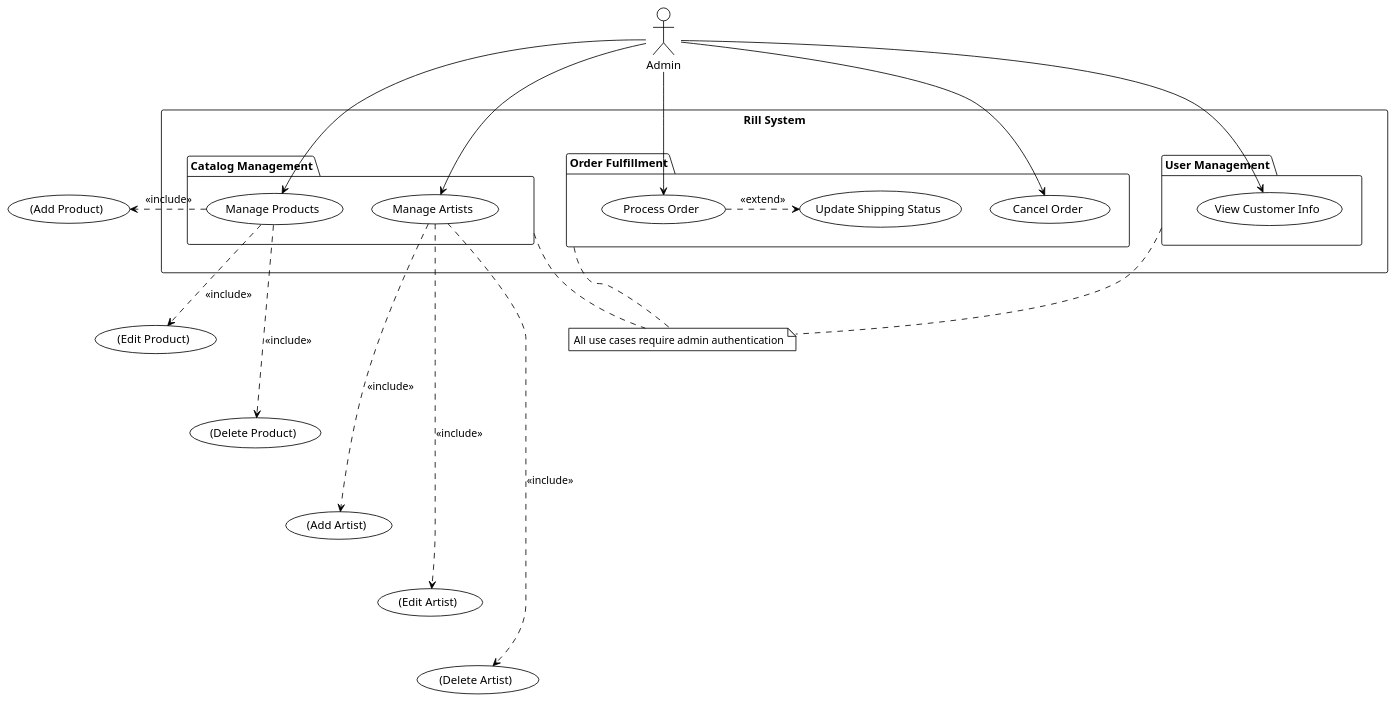
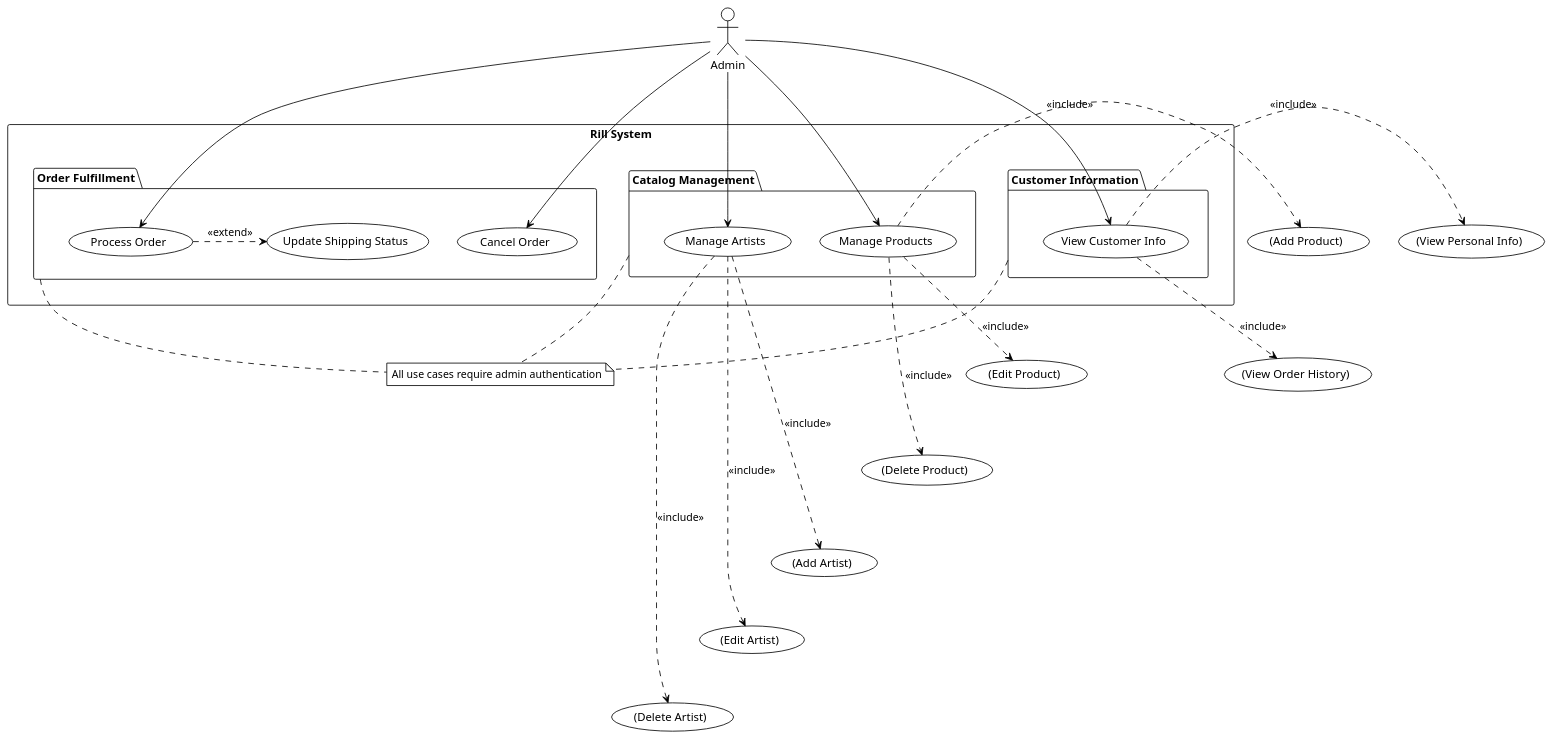
Before and after one commit to mttk2004/rill-system: the diagram in use-case/detailed/uc-3-admin-functions.puml, drawn with PlantUML. The commit also changed 10 other files, not shown here.

Commit message:
refactor: refine all diagrams

```diff
--- a/use-case/detailed/uc-3-admin-functions.puml
+++ b/use-case/detailed/uc-3-admin-functions.puml
@@ -1,64 +1,79 @@
-@startuml "UC-3: Admin Functions - Final Clean Layout"
+@startuml "UC-3: Admin Functions - Final Detailed Layout"
 !theme plain
 
 actor Admin
 
 ' --- 1. ĐỊNH NGHĨA CÁC PHẦN TỬ ---
 rectangle "Rill System" {
   package "Catalog Management" {
     usecase "Manage Products" as UC_Products
     usecase "Manage Artists" as UC_Artists
   }
   package "Order Fulfillment" {
     usecase "Process Order" as UC_Process
     usecase "Update Shipping Status" as UC_UpdateStatus
     usecase "Cancel Order" as UC_Cancel
   }
-  package "User Management" {
-    usecase "View Customer Info" as UC_Users
+  package "Customer Information" {
+    usecase "View Customer Info" as UC_ViewInfo
   }
 }
 
+' Use case con cho Catalog Management
 usecase "(Add Product)" as AddProd
 usecase "(Edit Product)" as EditProd
 usecase "(Delete Product)" as DelProd
 usecase "(Add Artist)" as AddArtist
 usecase "(Edit Artist)" as EditArtist
 usecase "(Delete Artist)" as DelArtist
 
-' --- 2. SẮP XẾP BỐ CỤC BẰNG LIÊN KẾT ẨN (SỬA LỖI TẠI ĐÂY) ---
-' Thay vì nhóm, ta nối phần tử cuối của package trước với phần tử đầu của package sau
+' Use case con cho Customer Information
+usecase "(View Personal Info)" as ViewProfile
+usecase "(View Order History)" as ViewHistory
+
+' --- 2. SẮP XẾP BỐ CỤC BẰNG LIÊN KẾT ẨN ---
 UC_Artists -[hidden]right- UC_Process
-UC_Cancel -[hidden]right- UC_Users
+UC_Cancel -[hidden]right- UC_ViewInfo
 
-' Sắp xếp các use case con thành cột bên phải
+' Sắp xếp các use case con thành các cột riêng biệt bên phải
 UC_Products -[hidden]right- AddProd
 AddProd -[hidden]down- EditProd
 EditProd -[hidden]down- DelProd
 DelProd -[hidden]down- AddArtist
 AddArtist -[hidden]down- EditArtist
 EditArtist -[hidden]down- DelArtist
 
+UC_ViewInfo -[hidden]right- ViewProfile
+ViewProfile -[hidden]down- ViewHistory
+
+
 ' --- 3. VẼ CÁC MỐI QUAN HỆ HỢP LỆ ---
 Admin --> UC_Products
 Admin --> UC_Artists
 Admin --> UC_Process
 Admin --> UC_Cancel
-Admin --> UC_Users
+' **SỬA LỖI TẠI ĐÂY: Xóa comment khỏi dòng này**
+Admin --> UC_ViewInfo
 
 UC_Process .right.> UC_UpdateStatus : <<extend>>
 
+' Quan hệ <<include>> cho Catalog
 UC_Products .right.> AddProd   : <<include>>
 UC_Products .right.> EditProd  : <<include>>
 UC_Products .right.> DelProd   : <<include>>
 UC_Artists .right.> AddArtist : <<include>>
 UC_Artists .right.> EditArtist: <<include>>
 UC_Artists .right.> DelArtist : <<include>>
 
+' Quan hệ <<include>> cho Customer Info
+UC_ViewInfo .right.> ViewProfile : <<include>>
+UC_ViewInfo .right.> ViewHistory : <<include>>
+
+
 ' --- 4. GHI CHÚ ---
 note "All use cases require admin authentication" as AuthNote
 (Catalog Management) .. AuthNote
 (Order Fulfillment) .. AuthNote
-(User Management) .. AuthNote
+(Customer Information) .. AuthNote
 
 @enduml
```
